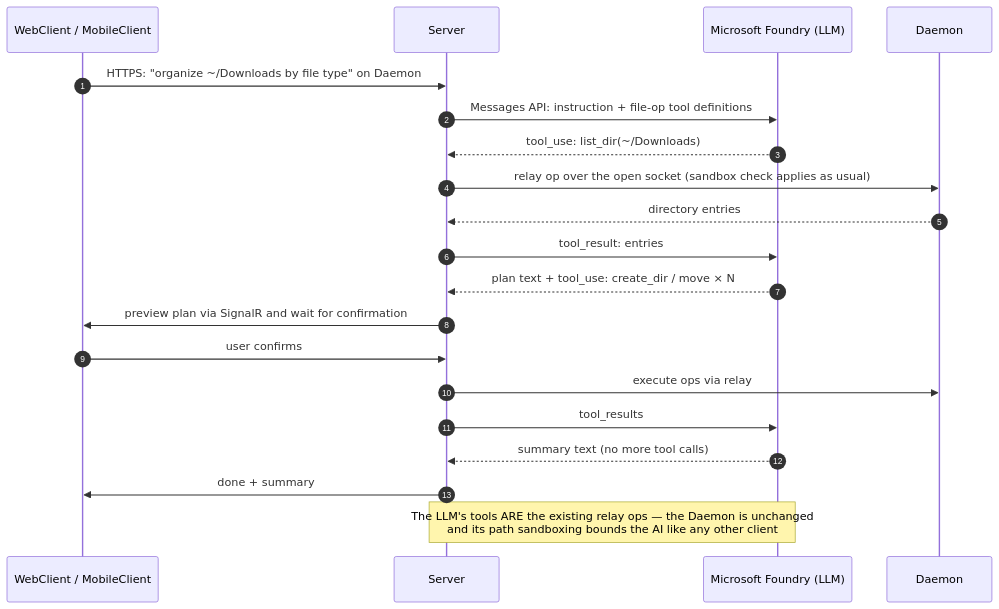
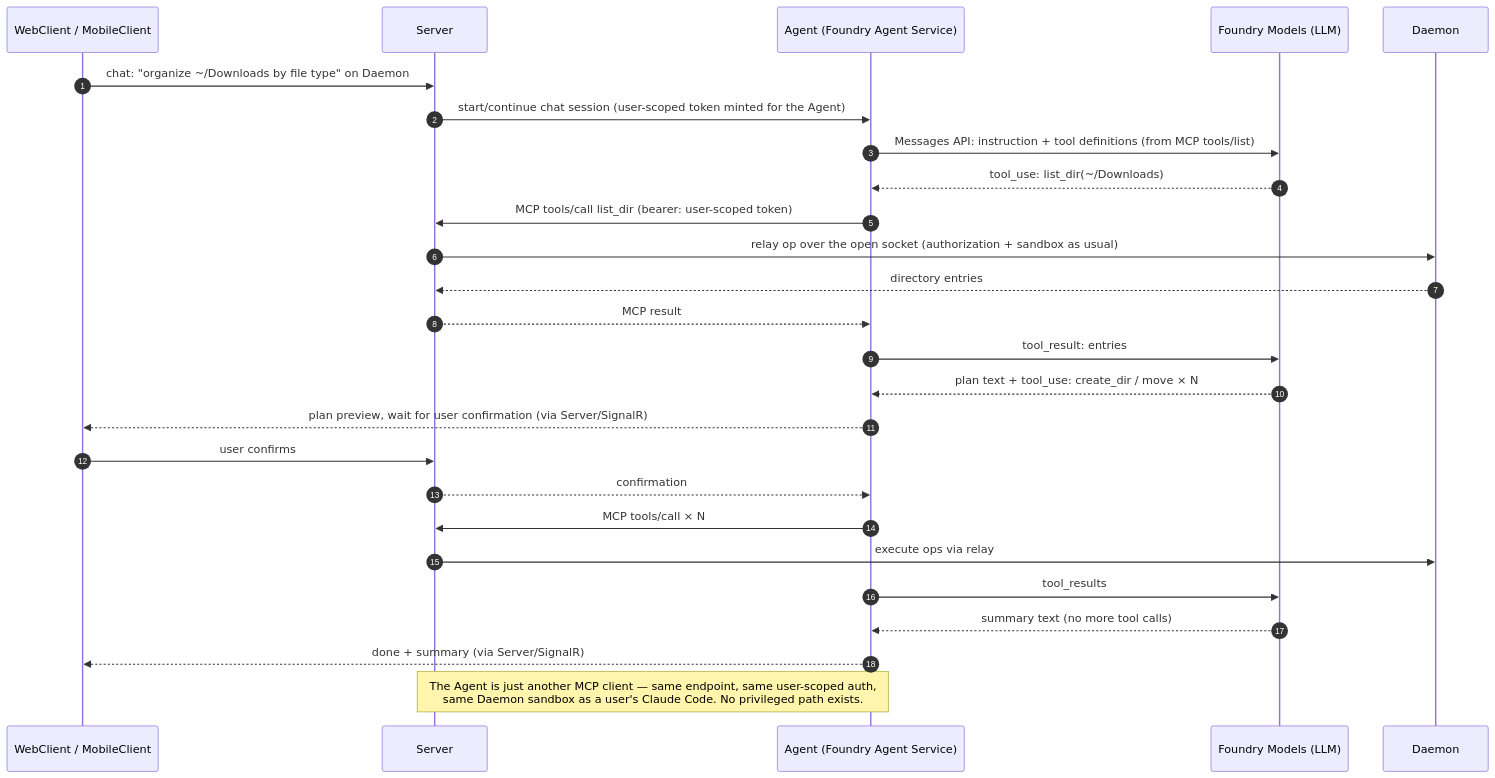
Before and after one commit to Anarkin/angstrom-commander: the fourth of 5 diagrams in CLAUDE.md, drawn with Mermaid. The commit also changed other lines of this file, not shown here.

Commit message:
docs: promote MCP endpoint + Foundry-hosted Agent to v1 architecture

````diff
--- a/CLAUDE.md
+++ b/CLAUDE.md
@@ -199,22 +217,28 @@
 ```mermaid
 sequenceDiagram
   autonumber
   participant C as WebClient / MobileClient
   participant S as Server
-  participant F as Microsoft Foundry (LLM)
+  participant G as Agent (Foundry Agent Service)
+  participant F as Foundry Models (LLM)
   participant A as Daemon #42
-  C->>S: HTTPS: "organize ~/Downloads by file type" on Daemon #42 (JWT)
-  S->>F: Messages API: instruction + file-op tool definitions
-  F-->>S: tool_use: list_dir(~/Downloads)
-  S->>A: relay op over the open socket (sandbox check applies as usual)
+  C->>S: chat: "organize ~/Downloads by file type" on Daemon #42 (JWT, chosen model)
+  S->>G: start/continue chat session (user-scoped token minted for the Agent)
+  G->>F: Messages API: instruction + tool definitions (from MCP tools/list)
+  F-->>G: tool_use: list_dir(~/Downloads)
+  G->>S: MCP tools/call list_dir (bearer: user-scoped token)
+  S->>A: relay op over the open socket (authorization + sandbox as usual)
   A-->>S: directory entries
-  S->>F: tool_result: entries
-  F-->>S: plan text + tool_use: create_dir / move × N
-  S->>C: preview plan via SignalR and wait for confirmation
+  S-->>G: MCP result
+  G->>F: tool_result: entries
+  F-->>G: plan text + tool_use: create_dir / move × N
+  G-->>C: plan preview, wait for user confirmation (via Server/SignalR)
   C->>S: user confirms
+  S-->>G: confirmation
+  G->>S: MCP tools/call × N
   S->>A: execute ops via relay
-  S->>F: tool_results
-  F-->>S: summary text (no more tool calls)
-  S->>C: done + summary
-  Note over S,F: The LLM's tools ARE the existing relay ops — the Daemon is unchanged<br/>and its path sandboxing bounds the AI like any other client
+  G->>F: tool_results
+  F-->>G: summary text (no more tool calls)
+  G-->>C: done + summary (via Server/SignalR)
+  Note over G,S: The Agent is just another MCP client — same endpoint, same user-scoped auth,<br/>same Daemon sandbox as a user's Claude Code. No privileged path exists.
 ```
````
